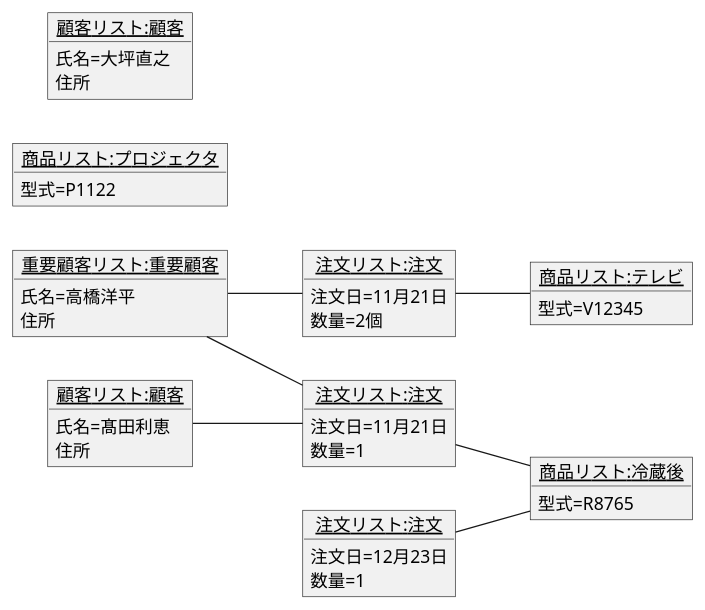
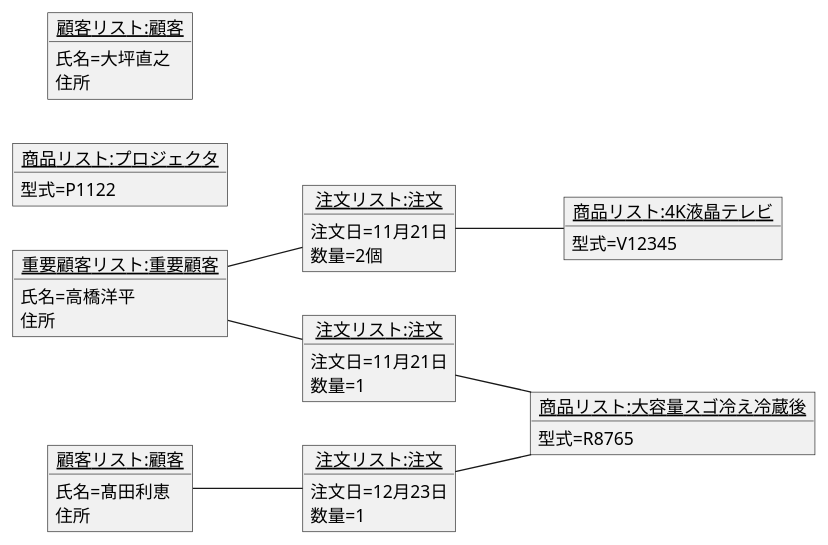
Before and after one commit to Sreia1129/uml-introduction: the diagram in 3章/演習3-7_OBJ_注文のオブジェクト図.pu, drawn with PlantUML. The commit also changed 2 other files, not shown here.

```diff
--- a/3章/演習3-7_OBJ_注文のオブジェクト図.pu
+++ b/3章/演習3-7_OBJ_注文のオブジェクト図.pu
@@ -1,51 +1,51 @@
 @startuml 注文のオブジェクト図
     left to right direction
     object "<u>注文リスト:注文</u>" as order1{
         注文日=11月21日
         数量=2個
     }
     
     object "<u>注文リスト:注文</u>" as order2{
         注文日=11月21日
         数量=1
     }
 
     object "<u>注文リスト:注文</u>" as order3{
         注文日=12月23日
         数量=1
     }
 
-    object "<u>商品リスト:テレビ</u>" as merchandise1{
+    object "<u>商品リスト:4K液晶テレビ</u>" as merchandise1{
         型式=V12345
     }
 
-    object "<u>商品リスト:冷蔵後</u>" as merchandise2{
+    object "<u>商品リスト:大容量スゴ冷え冷蔵後</u>" as merchandise2{
         型式=R8765
     }
 
     object "<u>商品リスト:プロジェクタ</u>" as merchandise3{
         型式=P1122
     }
 
     object "<u>顧客リスト:顧客</u>" as customer1{
         氏名=髙田利恵
         住所
     }
 
     object "<u>顧客リスト:顧客</u>" as customer2{
         氏名=大坪直之
         住所
     }
 
     object "<u>重要顧客リスト:重要顧客</u>" as importantcustomer{
         氏名=高橋洋平
         住所
     }
 
     order1 -- merchandise1
     order2 -- merchandise2
     order3 -- merchandise2
     importantcustomer -- order1
     importantcustomer -- order2
-    customer1 -- order2
+    customer1 -- order3
 @enduml
```
